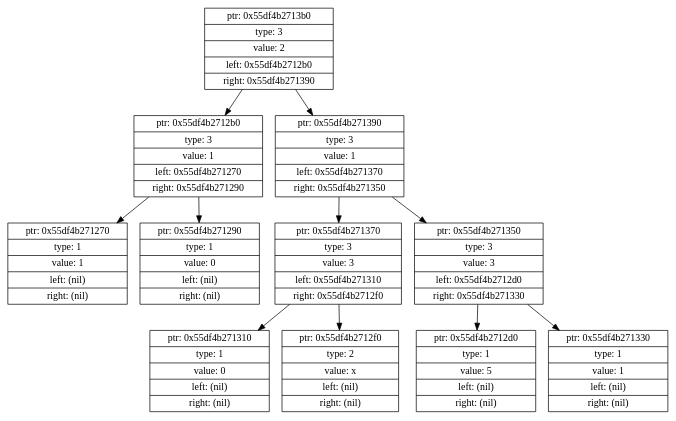
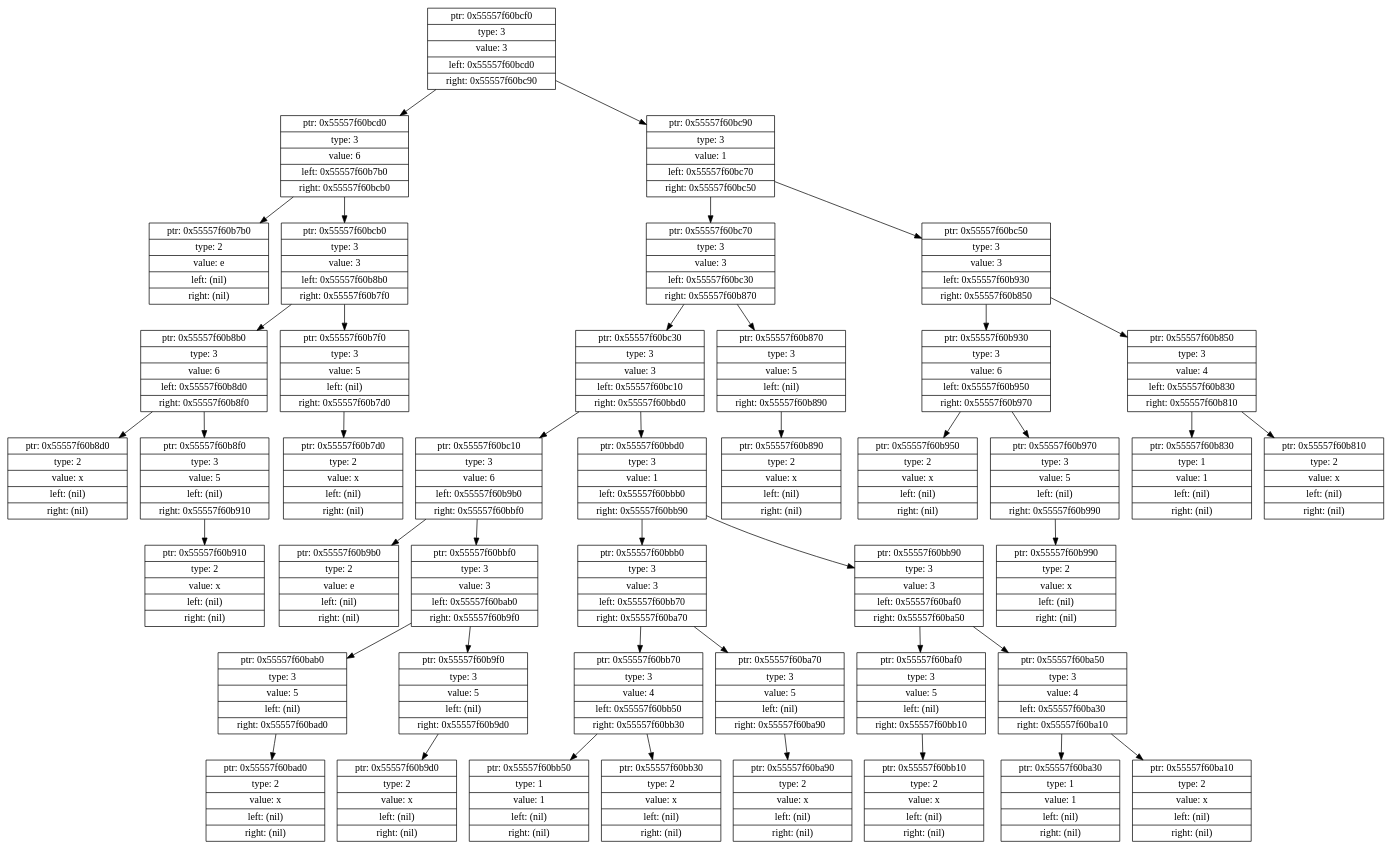
The diagram in dump.dot (Axmaaa/Differentiator), drawn with Graphviz before and after one commit. The commit also changed 13 other files, not shown here.

```diff
--- a/dump.dot
+++ b/dump.dot
@@ -1,13 +1,45 @@
 digraph dump {
  node [shape = record];
-94417526920112 [shape = record, label = "{ptr: 0x55df4b2713b0|type: 3|value: 2|left: 0x55df4b2712b0|right: 0x55df4b271390}"];94417526920112 -> 94417526919856
-94417526919856 [shape = record, label = "{ptr: 0x55df4b2712b0|type: 3|value: 1|left: 0x55df4b271270|right: 0x55df4b271290}"];94417526919856 -> 94417526919792
-94417526919792 [shape = record, label = "{ptr: 0x55df4b271270|type: 1|value: 1|left: (nil)|right: (nil)}"];94417526919856 -> 94417526919824
-94417526919824 [shape = record, label = "{ptr: 0x55df4b271290|type: 1|value: 0|left: (nil)|right: (nil)}"];94417526920112 -> 94417526920080
-94417526920080 [shape = record, label = "{ptr: 0x55df4b271390|type: 3|value: 1|left: 0x55df4b271370|right: 0x55df4b271350}"];94417526920080 -> 94417526920048
-94417526920048 [shape = record, label = "{ptr: 0x55df4b271370|type: 3|value: 3|left: 0x55df4b271310|right: 0x55df4b2712f0}"];94417526920048 -> 94417526919952
-94417526919952 [shape = record, label = "{ptr: 0x55df4b271310|type: 1|value: 0|left: (nil)|right: (nil)}"];94417526920048 -> 94417526919920
-94417526919920 [shape = record, label = "{ptr: 0x55df4b2712f0|type: 2|value: x|left: (nil)|right: (nil)}"];94417526920080 -> 94417526920016
-94417526920016 [shape = record, label = "{ptr: 0x55df4b271350|type: 3|value: 3|left: 0x55df4b2712d0|right: 0x55df4b271330}"];94417526920016 -> 94417526919888
-94417526919888 [shape = record, label = "{ptr: 0x55df4b2712d0|type: 1|value: 5|left: (nil)|right: (nil)}"];94417526920016 -> 94417526919984
-94417526919984 [shape = record, label = "{ptr: 0x55df4b271330|type: 1|value: 1|left: (nil)|right: (nil)}"];}
+93825697627376 [shape = record, label = "{ptr: 0x55557f60bcf0|type: 3|value: 3|left: 0x55557f60bcd0|right: 0x55557f60bc90}"];93825697627376 -> 93825697627344
+93825697627344 [shape = record, label = "{ptr: 0x55557f60bcd0|type: 3|value: 6|left: 0x55557f60b7b0|right: 0x55557f60bcb0}"];93825697627344 -> 93825697626032
+93825697626032 [shape = record, label = "{ptr: 0x55557f60b7b0|type: 2|value: e|left: (nil)|right: (nil)}"];93825697627344 -> 93825697627312
+93825697627312 [shape = record, label = "{ptr: 0x55557f60bcb0|type: 3|value: 3|left: 0x55557f60b8b0|right: 0x55557f60b7f0}"];93825697627312 -> 93825697626288
+93825697626288 [shape = record, label = "{ptr: 0x55557f60b8b0|type: 3|value: 6|left: 0x55557f60b8d0|right: 0x55557f60b8f0}"];93825697626288 -> 93825697626320
+93825697626320 [shape = record, label = "{ptr: 0x55557f60b8d0|type: 2|value: x|left: (nil)|right: (nil)}"];93825697626288 -> 93825697626352
+93825697626352 [shape = record, label = "{ptr: 0x55557f60b8f0|type: 3|value: 5|left: (nil)|right: 0x55557f60b910}"];93825697626352 -> 93825697626384
+93825697626384 [shape = record, label = "{ptr: 0x55557f60b910|type: 2|value: x|left: (nil)|right: (nil)}"];93825697627312 -> 93825697626096
+93825697626096 [shape = record, label = "{ptr: 0x55557f60b7f0|type: 3|value: 5|left: (nil)|right: 0x55557f60b7d0}"];93825697626096 -> 93825697626064
+93825697626064 [shape = record, label = "{ptr: 0x55557f60b7d0|type: 2|value: x|left: (nil)|right: (nil)}"];93825697627376 -> 93825697627280
+93825697627280 [shape = record, label = "{ptr: 0x55557f60bc90|type: 3|value: 1|left: 0x55557f60bc70|right: 0x55557f60bc50}"];93825697627280 -> 93825697627248
+93825697627248 [shape = record, label = "{ptr: 0x55557f60bc70|type: 3|value: 3|left: 0x55557f60bc30|right: 0x55557f60b870}"];93825697627248 -> 93825697627184
+93825697627184 [shape = record, label = "{ptr: 0x55557f60bc30|type: 3|value: 3|left: 0x55557f60bc10|right: 0x55557f60bbd0}"];93825697627184 -> 93825697627152
+93825697627152 [shape = record, label = "{ptr: 0x55557f60bc10|type: 3|value: 6|left: 0x55557f60b9b0|right: 0x55557f60bbf0}"];93825697627152 -> 93825697626544
+93825697626544 [shape = record, label = "{ptr: 0x55557f60b9b0|type: 2|value: e|left: (nil)|right: (nil)}"];93825697627152 -> 93825697627120
+93825697627120 [shape = record, label = "{ptr: 0x55557f60bbf0|type: 3|value: 3|left: 0x55557f60bab0|right: 0x55557f60b9f0}"];93825697627120 -> 93825697626800
+93825697626800 [shape = record, label = "{ptr: 0x55557f60bab0|type: 3|value: 5|left: (nil)|right: 0x55557f60bad0}"];93825697626800 -> 93825697626832
+93825697626832 [shape = record, label = "{ptr: 0x55557f60bad0|type: 2|value: x|left: (nil)|right: (nil)}"];93825697627120 -> 93825697626608
+93825697626608 [shape = record, label = "{ptr: 0x55557f60b9f0|type: 3|value: 5|left: (nil)|right: 0x55557f60b9d0}"];93825697626608 -> 93825697626576
+93825697626576 [shape = record, label = "{ptr: 0x55557f60b9d0|type: 2|value: x|left: (nil)|right: (nil)}"];93825697627184 -> 93825697627088
+93825697627088 [shape = record, label = "{ptr: 0x55557f60bbd0|type: 3|value: 1|left: 0x55557f60bbb0|right: 0x55557f60bb90}"];93825697627088 -> 93825697627056
+93825697627056 [shape = record, label = "{ptr: 0x55557f60bbb0|type: 3|value: 3|left: 0x55557f60bb70|right: 0x55557f60ba70}"];93825697627056 -> 93825697626992
+93825697626992 [shape = record, label = "{ptr: 0x55557f60bb70|type: 3|value: 4|left: 0x55557f60bb50|right: 0x55557f60bb30}"];93825697626992 -> 93825697626960
+93825697626960 [shape = record, label = "{ptr: 0x55557f60bb50|type: 1|value: 1|left: (nil)|right: (nil)}"];93825697626992 -> 93825697626928
+93825697626928 [shape = record, label = "{ptr: 0x55557f60bb30|type: 2|value: x|left: (nil)|right: (nil)}"];93825697627056 -> 93825697626736
+93825697626736 [shape = record, label = "{ptr: 0x55557f60ba70|type: 3|value: 5|left: (nil)|right: 0x55557f60ba90}"];93825697626736 -> 93825697626768
+93825697626768 [shape = record, label = "{ptr: 0x55557f60ba90|type: 2|value: x|left: (nil)|right: (nil)}"];93825697627088 -> 93825697627024
+93825697627024 [shape = record, label = "{ptr: 0x55557f60bb90|type: 3|value: 3|left: 0x55557f60baf0|right: 0x55557f60ba50}"];93825697627024 -> 93825697626864
+93825697626864 [shape = record, label = "{ptr: 0x55557f60baf0|type: 3|value: 5|left: (nil)|right: 0x55557f60bb10}"];93825697626864 -> 93825697626896
+93825697626896 [shape = record, label = "{ptr: 0x55557f60bb10|type: 2|value: x|left: (nil)|right: (nil)}"];93825697627024 -> 93825697626704
+93825697626704 [shape = record, label = "{ptr: 0x55557f60ba50|type: 3|value: 4|left: 0x55557f60ba30|right: 0x55557f60ba10}"];93825697626704 -> 93825697626672
+93825697626672 [shape = record, label = "{ptr: 0x55557f60ba30|type: 1|value: 1|left: (nil)|right: (nil)}"];93825697626704 -> 93825697626640
+93825697626640 [shape = record, label = "{ptr: 0x55557f60ba10|type: 2|value: x|left: (nil)|right: (nil)}"];93825697627248 -> 93825697626224
+93825697626224 [shape = record, label = "{ptr: 0x55557f60b870|type: 3|value: 5|left: (nil)|right: 0x55557f60b890}"];93825697626224 -> 93825697626256
+93825697626256 [shape = record, label = "{ptr: 0x55557f60b890|type: 2|value: x|left: (nil)|right: (nil)}"];93825697627280 -> 93825697627216
+93825697627216 [shape = record, label = "{ptr: 0x55557f60bc50|type: 3|value: 3|left: 0x55557f60b930|right: 0x55557f60b850}"];93825697627216 -> 93825697626416
+93825697626416 [shape = record, label = "{ptr: 0x55557f60b930|type: 3|value: 6|left: 0x55557f60b950|right: 0x55557f60b970}"];93825697626416 -> 93825697626448
+93825697626448 [shape = record, label = "{ptr: 0x55557f60b950|type: 2|value: x|left: (nil)|right: (nil)}"];93825697626416 -> 93825697626480
+93825697626480 [shape = record, label = "{ptr: 0x55557f60b970|type: 3|value: 5|left: (nil)|right: 0x55557f60b990}"];93825697626480 -> 93825697626512
+93825697626512 [shape = record, label = "{ptr: 0x55557f60b990|type: 2|value: x|left: (nil)|right: (nil)}"];93825697627216 -> 93825697626192
+93825697626192 [shape = record, label = "{ptr: 0x55557f60b850|type: 3|value: 4|left: 0x55557f60b830|right: 0x55557f60b810}"];93825697626192 -> 93825697626160
+93825697626160 [shape = record, label = "{ptr: 0x55557f60b830|type: 1|value: 1|left: (nil)|right: (nil)}"];93825697626192 -> 93825697626128
+93825697626128 [shape = record, label = "{ptr: 0x55557f60b810|type: 2|value: x|left: (nil)|right: (nil)}"];}
```
